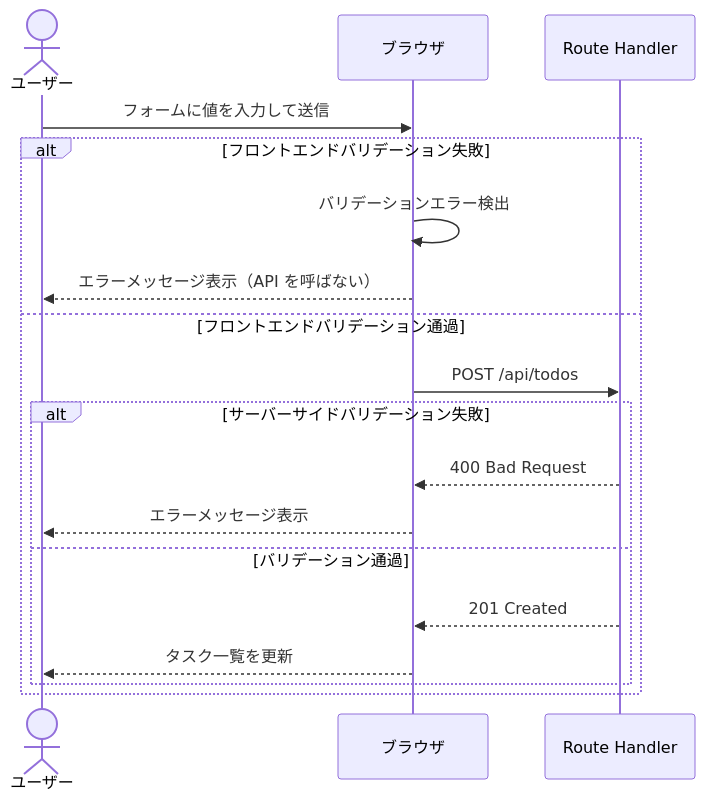
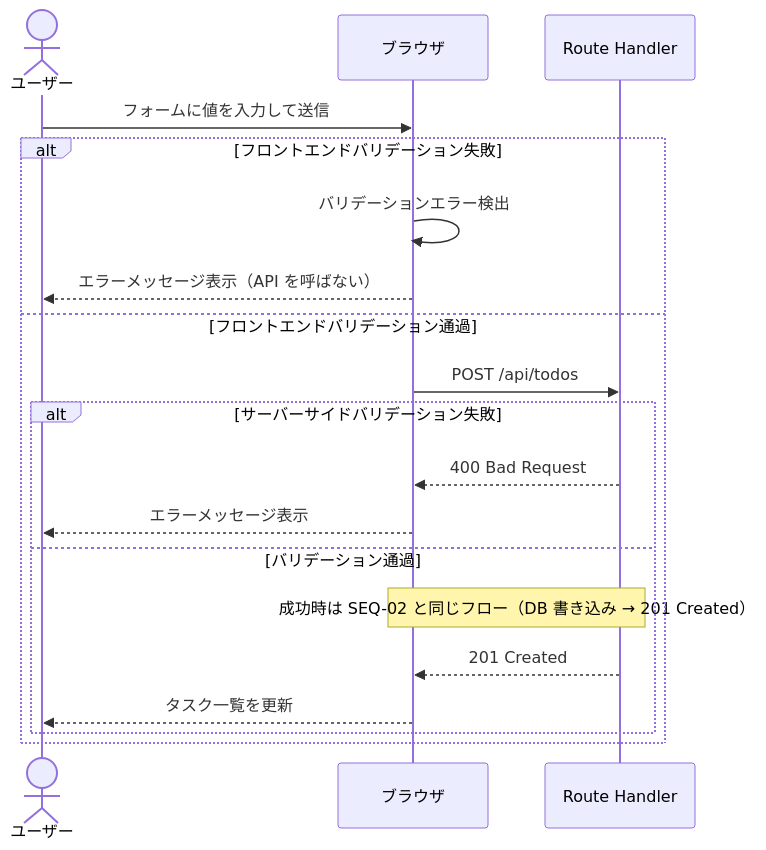
The third of 7 diagrams in SEQUENCE.md (garyohosu/Vercel_todo), drawn with Mermaid before and after one commit. The commit also changed other lines of this file and 4 other files, not shown here.

````diff
--- a/SEQUENCE.md
+++ b/SEQUENCE.md
@@ -74,22 +85,23 @@
 ```mermaid
 sequenceDiagram
     actor User as ユーザー
     participant Browser as ブラウザ
     participant API as Route Handler
 
     User->>Browser: フォームに値を入力して送信
 
     alt フロントエンドバリデーション失敗
         Browser->>Browser: バリデーションエラー検出
         Browser-->>User: エラーメッセージ表示（API を呼ばない）
     else フロントエンドバリデーション通過
         Browser->>API: POST /api/todos
         alt サーバーサイドバリデーション失敗
             API-->>Browser: 400 Bad Request
             Browser-->>User: エラーメッセージ表示
         else バリデーション通過
+            Note over API,Browser: 成功時は SEQ-02 と同じフロー（DB 書き込み → 201 Created）
             API-->>Browser: 201 Created
             Browser-->>User: タスク一覧を更新
         end
     end
 ```
````
